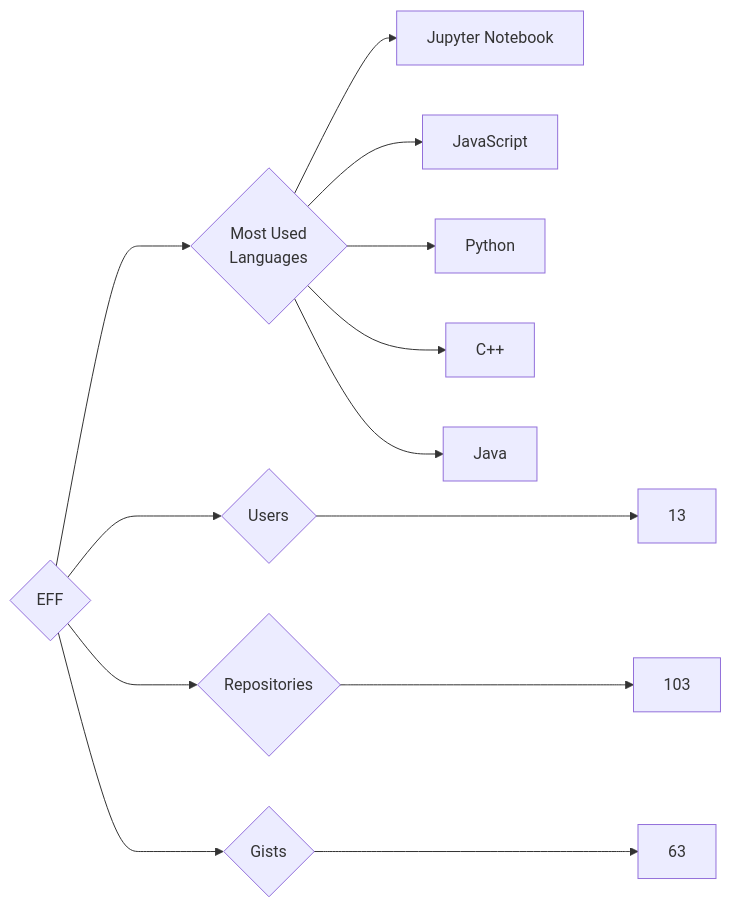
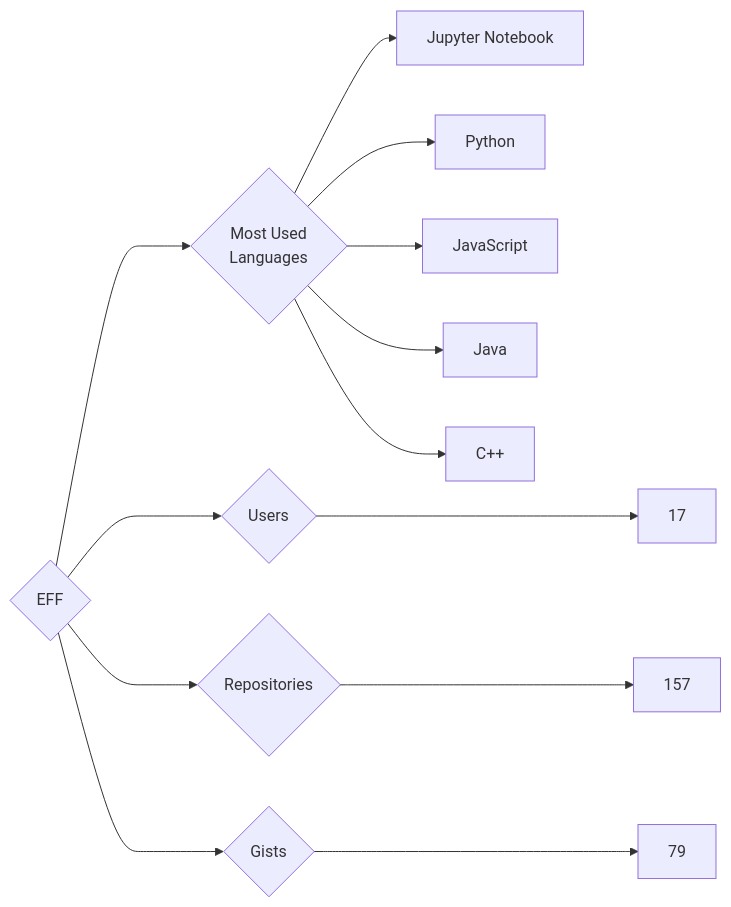
One commit to trickest/insiders changed the diagram in targets/EFF/README.md. Above: the diagram before and after it, drawn with Mermaid. The commit also changed 927 other files, not shown here.

````diff
--- a/targets/EFF/README.md
+++ b/targets/EFF/README.md
@@ -3,13 +3,13 @@
 ```mermaid
 graph LR
 COMPANY_NAME{EFF}
-COMPANY_NAME ---> U{Users} ---> UN[13]
-COMPANY_NAME ---> R{Repositories} ---> RN[103]
-COMPANY_NAME ---> G{Gists} ---> GN[63]
+COMPANY_NAME ---> U{Users} ---> UN[17]
+COMPANY_NAME ---> R{Repositories} ---> RN[157]
+COMPANY_NAME ---> G{Gists} ---> GN[79]
 COMPANY_NAME ---> ML{Most Used<br>Languages}
 ML --> Jupyter_Notebook[Jupyter Notebook]
+ML --> Python[Python]
 ML --> JavaScript[JavaScript]
-ML --> Python[Python]
+ML --> Java[Java]
 ML --> C++[C++]
-ML --> Java[Java]
 ```
````
